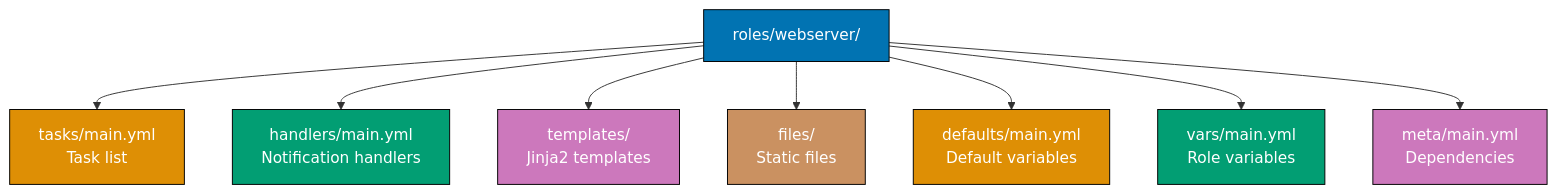
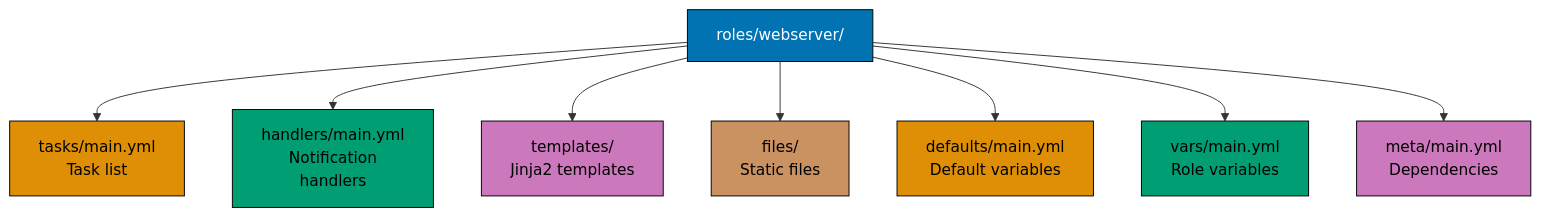
Before and after one commit to wahidyankf/ose-public: the sixth of 9 diagrams in apps/ayokoding-www/content/en/learn/legacy/software-engineering/infrastructure/infrastructure-as-code/by-example/intermediate.md, drawn with Mermaid. The commit also changed other lines of this file and 131 other files, not shown here.

First line of the commit message:
fix(mermaid): bring the legacy data, infrastructure, and testing diagrams onto the accessible palette

````diff
--- a/apps/ayokoding-www/content/en/learn/legacy/software-engineering/infrastructure/infrastructure-as-code/by-example/intermediate.md
+++ b/apps/ayokoding-www/content/en/learn/legacy/software-engineering/infrastructure/infrastructure-as-code/by-example/intermediate.md
@@ -909,20 +935,28 @@
 ```mermaid
 %% Color Palette: Blue #0173B2, Orange #DE8F05, Teal #029E73, Purple #CC78BC, Brown #CA9161
 graph TD
+  accTitle: Example 45: Role Structure and ansible-galaxy init
+  accDescr: Graph with 8 nodes and 7 connections. Nodes: roles/webserver/, tasks/main.yml Task list, handlers/main.yml Notification handlers, templates/ Jinja2 templates, files/ Static files, defaults/main.yml Default variables, vars/main.yml Role variables, meta/main.yml Dependencies. Connections: roles/webserver/ to tasks/main.yml Task list, roles/webserver/ to handlers/main.yml Notification handlers, roles/webserver/ to templates/ Jinja2 templates, roles/webserver/ to files/ Static files, roles/webserver/ to defaults/main.yml Default variables, roles/webserver/ to vars/main.yml Role variables, roles/webserver/ to meta/main.yml Dependencies.
   A["roles/webserver/"] --> B["tasks/main.yml<br/>Task list"]
-  A --> C["handlers/main.yml<br/>Notification handlers"]
+  A --> C["handlers/main.yml<br/>Notification<br/>handlers"]
   A --> D["templates/<br/>Jinja2 templates"]
   A --> E["files/<br/>Static files"]
   A --> F["defaults/main.yml<br/>Default variables"]
   A --> G["vars/main.yml<br/>Role variables"]
   A --> H["meta/main.yml<br/>Dependencies"]
 
-  style A fill:#0173B2,stroke:#000,color:#fff
-  style B fill:#DE8F05,stroke:#000,color:#fff
-  style C fill:#029E73,stroke:#000,color:#fff
-  style D fill:#CC78BC,stroke:#000,color:#fff
-  style E fill:#CA9161,stroke:#000,color:#fff
-  style F fill:#DE8F05,stroke:#000,color:#fff
-  style G fill:#029E73,stroke:#000,color:#fff
-  style H fill:#CC78BC,stroke:#000,color:#fff
+  classDef pal-0173B2 fill:#0173B2,stroke:#000000,color:#FFFFFF
+  class A pal-0173B2
+  classDef pal-DE8F05 fill:#DE8F05,stroke:#000000,color:#000000
+  class B pal-DE8F05
+  classDef pal-029E73 fill:#029E73,stroke:#000000,color:#000000
+  class C pal-029E73
+  classDef pal-CC78BC fill:#CC78BC,stroke:#000000,color:#000000
+  class D pal-CC78BC
+  classDef pal-CA9161 fill:#CA9161,stroke:#000000,color:#000000
+  class E pal-CA9161
+  class F pal-DE8F05
+  class G pal-029E73
+  class H pal-CC78BC
+  classDef default fill:#FFFFFF,stroke:#000000,color:#000000
 ```
````
